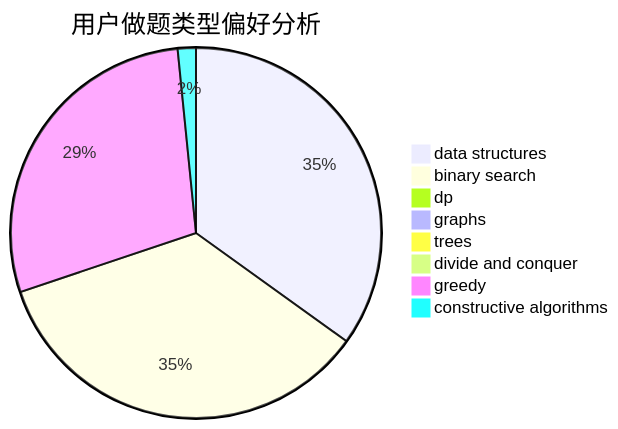
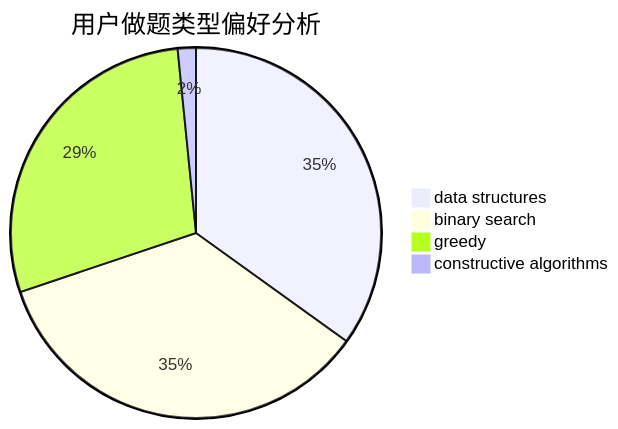
One commit to sherpahu/cfrs.github.io changed the second of 3 diagrams in docs/user/u507.md. Above: the diagram before and after it, drawn with Mermaid. The commit also changed other lines of this file and 2770 other files, not shown here.

````diff
--- a/docs/user/u507.md
+++ b/docs/user/u507.md
@@ -18,11 +13,7 @@
 ```mermaid
 pie title 用户做题类型偏好分析
     "data structures" :  66
     "binary search" :  66
-    "dp" :  0
-    "graphs" :  0
-    "trees" :  0
-    "divide and conquer" :  0
     "greedy" :  54
     "constructive algorithms" :  3
 ```
````
